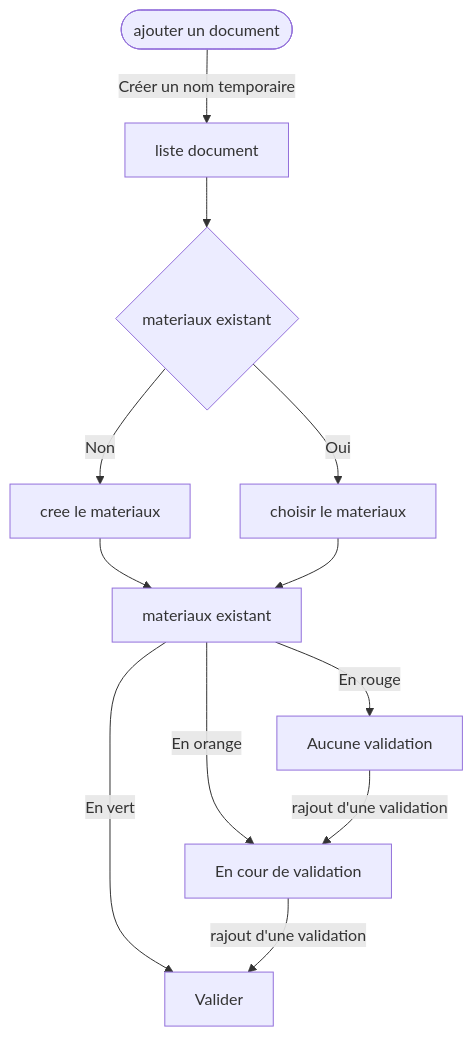
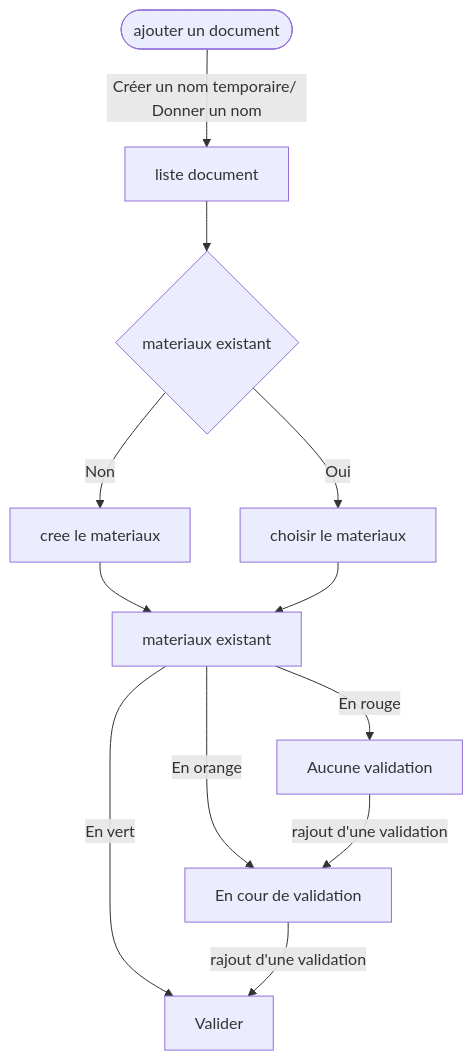
Before and after one commit to andergroundvrej/test: the second of 2 diagrams in README.md, drawn with Mermaid.

Commit message:
Update flowchart description in README.md

````diff
--- a/README.md
+++ b/README.md
@@ -96,16 +96,16 @@
 ```mermaid
 flowchart TD
-A([ajouter un document]) -- Créer un nom temporaire --> B[liste document]
+A([ajouter un document]) -- Créer un nom temporaire/ Donner un nom --> B[liste document]
 B --> C{materiaux existant}
 C -- Non --> D[cree le materiaux]
 C -- Oui --> E[choisir le materiaux]
 D --> F[materiaux existant]
 E --> F
 F -- En rouge --> G[Aucune validation]
 F -- En orange --> H[En cour de validation]
 F -- En vert --> I[Valider]
 G -- rajout d'une validation --> H
 H -- rajout d'une validation --> I
 
 
 ```
````
